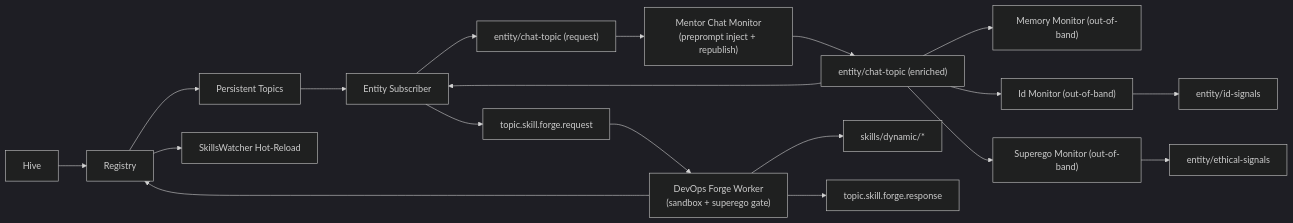
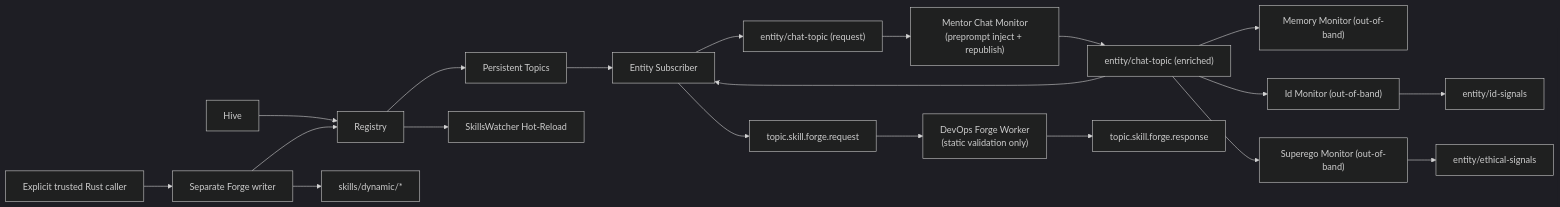
The diagram in docs/architecture.md (jbcupps/abigail), drawn with Mermaid (dark theme) before and after one commit. The commit also changed other lines of this file and 14 other files, not shown here.

````diff
--- a/docs/architecture.md
+++ b/docs/architecture.md
@@ -5,21 +5,22 @@
 ```mermaid
 flowchart LR
     Hive[Hive] --> Registry[Registry]
     Registry --> Topics[Persistent Topics]
     Topics --> Entity[Entity Subscriber]
     Entity --> ChatReq["entity/chat-topic (request)"]
     ChatReq --> Mentor["Mentor Chat Monitor<br/>(preprompt inject + republish)"]
     Mentor --> ChatEnriched["entity/chat-topic (enriched)"]
     ChatEnriched --> Entity
     ChatEnriched --> MemoryOob["Memory Monitor (out-of-band)"]
     ChatEnriched --> IdOob["Id Monitor (out-of-band)"]
     ChatEnriched --> SuperegoOob["Superego Monitor (out-of-band)"]
     IdOob --> IdSignals["entity/id-signals"]
     SuperegoOob --> EthicalSignals["entity/ethical-signals"]
     Entity --> ForgeReq["topic.skill.forge.request"]
-    ForgeReq --> ForgeWorker["DevOps Forge Worker<br/>(sandbox + superego gate)"]
-    ForgeWorker --> Dynamic["skills/dynamic/*"]
-    ForgeWorker --> Registry
+    ForgeReq --> ForgeWorker["DevOps Forge Worker<br/>(static validation only)"]
+    Host["Explicit trusted Rust caller"] --> Writer["Separate Forge writer"]
+    Writer --> Dynamic["skills/dynamic/*"]
+    Writer --> Registry
     Registry --> Watcher["SkillsWatcher Hot-Reload"]
     ForgeWorker --> ForgeResp["topic.skill.forge.response"]
 ```
````
